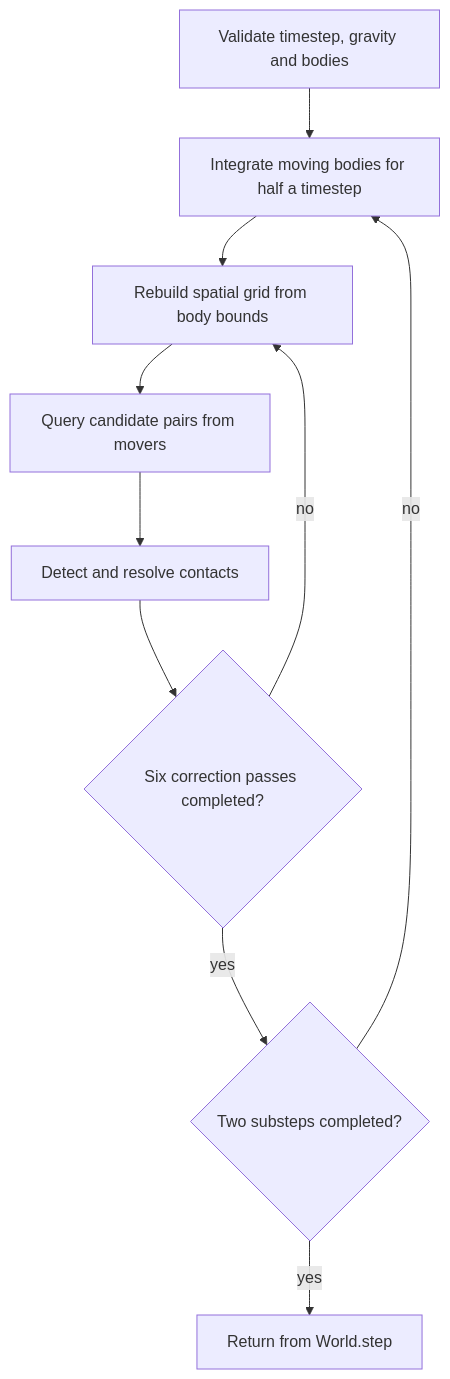
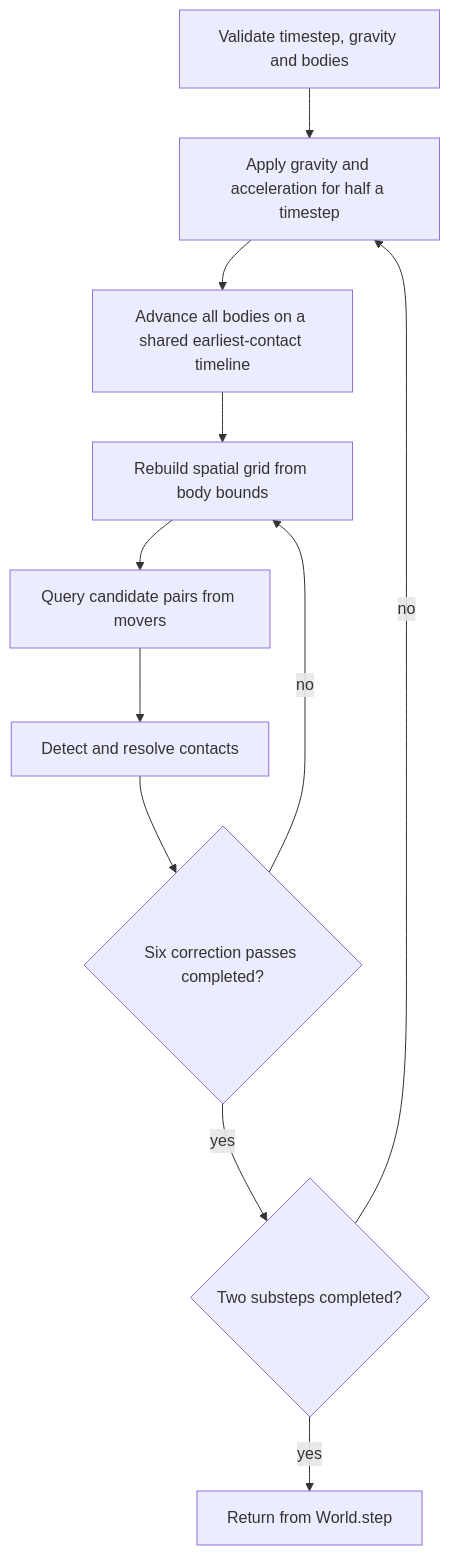
The diagram in src/simulation/README.md (SMB-M87/Kinetra), drawn with Mermaid before and after one commit. The commit also changed other lines of this file and 28 other files, not shown here.

````diff
--- a/src/simulation/README.md
+++ b/src/simulation/README.md
@@ -25,12 +27,13 @@
 ```mermaid
 flowchart TD
-    Validate[Validate timestep, gravity and bodies] --> Integrate[Integrate moving bodies for half a timestep]
-    Integrate --> Grid[Rebuild spatial grid from body bounds]
+    Validate[Validate timestep, gravity and bodies] --> Integrate[Apply gravity and acceleration for half a timestep]
+    Integrate --> Sweep[Advance all bodies on a shared earliest-contact timeline]
+    Sweep --> Grid[Rebuild spatial grid from body bounds]
     Grid --> Query[Query candidate pairs from movers]
     Query --> Contact[Detect and resolve contacts]
     Contact --> Pass{Six correction passes completed?}
     Pass -->|no| Grid
     Pass -->|yes| Substep{Two substeps completed?}
     Substep -->|no| Integrate
     Substep -->|yes| Done[Return from World.step]
 ```
````
